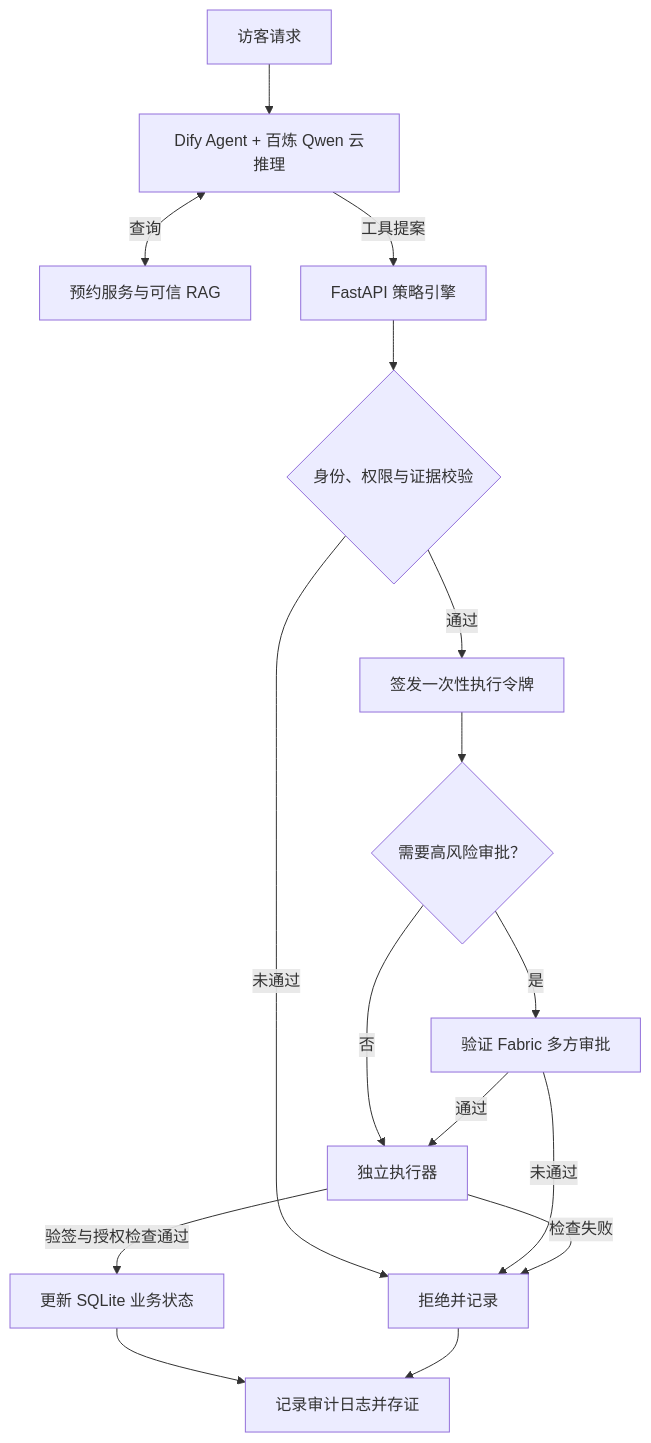
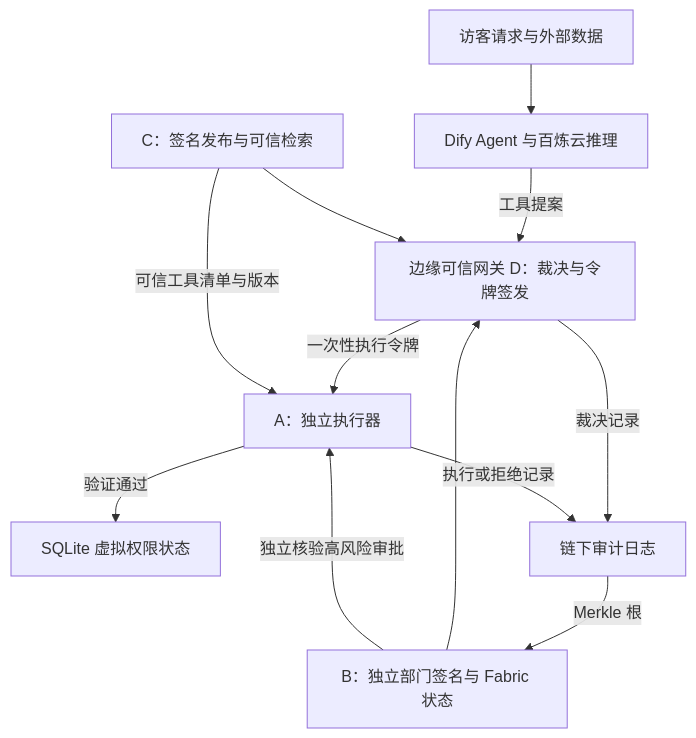
The diagram in README.md (Gump111458785/edge-agent-trust), drawn with Mermaid before and after one commit. The commit also changed other lines of this file and 1 other file, not shown here.

Commit message:
docs: center the study on verifiable agent authorization

````diff
--- a/README.md
+++ b/README.md
@@ -24,18 +23,14 @@
 ```mermaid
 flowchart TD
-    U["访客请求"] --> A["Dify Agent + 百炼 Qwen 云推理"]
-    A <-->|查询| R["预约服务与可信 RAG"]
-    A -->|工具提案| P["FastAPI 策略引擎"]
-    P --> D{"身份、权限与证据校验"}
-    D -->|未通过| X["拒绝并记录"]
-    D -->|通过| T["签发一次性执行令牌"]
-    T --> H{"需要高风险审批？"}
-    H -->|是| F["验证 Fabric 多方审批"]
-    H -->|否| E["独立执行器"]
-    F -->|通过| E
-    F -->|未通过| X
-    E -->|验签与授权检查通过| S["更新 SQLite 业务状态"]
-    E -->|检查失败| X
-    S --> L["记录审计日志并存证"]
-    X --> L
+    U["访客请求与外部数据"] --> M["Dify Agent 与百炼云推理"]
+    M -->|工具提案| G["边缘可信网关 D：裁决与令牌签发"]
+    C["C：签名发布与可信检索"] --> G
+    F["B：独立部门签名与 Fabric 状态"] --> G
+    G -->|一次性执行令牌| X["A：独立执行器"]
+    F -->|独立核验高风险审批| X
+    C -->|可信工具清单与版本| X
+    X -->|验证通过| S["SQLite 虚拟权限状态"]
+    G -->|裁决记录| L["链下审计日志"]
+    X -->|执行或拒绝记录| L
+    L -->|Merkle 根| F
 ```
````
